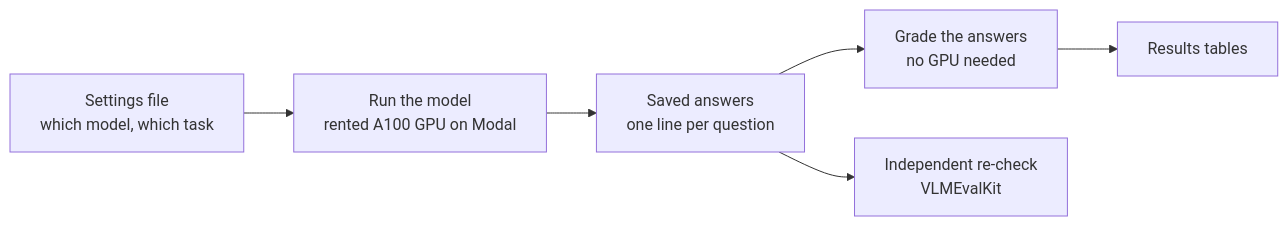
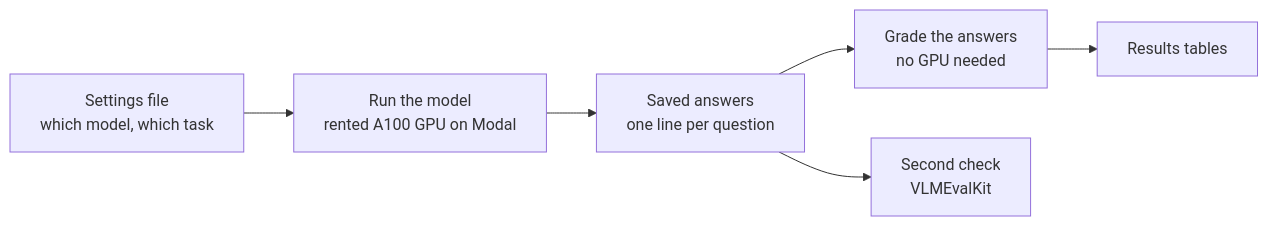
One commit to NYCandrun/Liquid-Moondream-450M-Benchmark changed the diagram in README.md. Above: the diagram before and after it, drawn with Mermaid. The commit also changed other lines of this file, not shown here.

````diff
--- a/README.md
+++ b/README.md
@@ -77,8 +77,8 @@
 ```mermaid
 flowchart LR
   C[Settings file<br/>which model, which task] --> H[Run the model<br/>rented A100 GPU on Modal]
   H --> R[Saved answers<br/>one line per question]
   R --> S[Grade the answers<br/>no GPU needed]
   S --> T[Results tables]
-  R --> V[Independent re-check<br/>VLMEvalKit]
+  R --> V[Second check<br/>VLMEvalKit]
 ```
````
